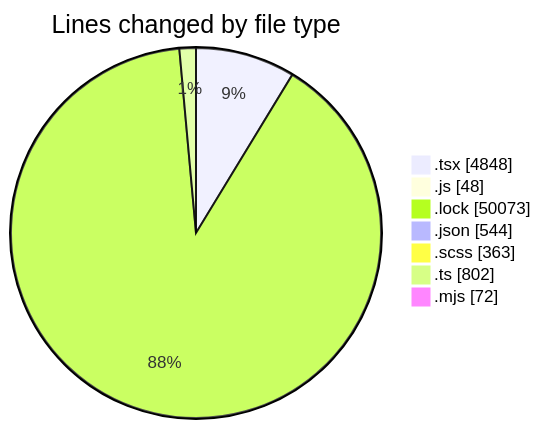
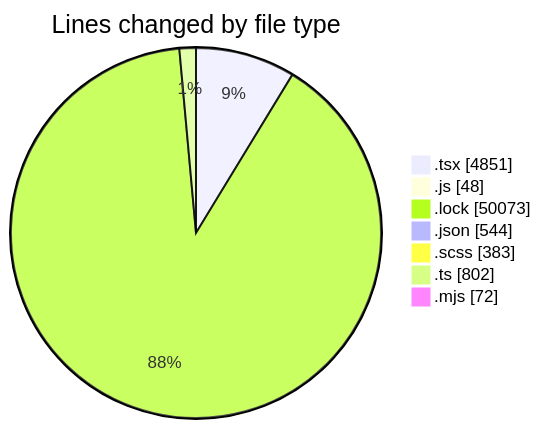
One commit to momahboobian/code-tracking changed the first of 2 diagrams in 2026-05-15/cda/README.md. Above: the diagram before and after it, drawn with Mermaid. The commit also changed other lines of this file and 1 other file, not shown here.

````diff
--- a/2026-05-15/cda/README.md
+++ b/2026-05-15/cda/README.md
@@ -64,11 +64,11 @@
 ```mermaid
 pie showData
 title Lines changed by file type
-".tsx" : 4848
+".tsx" : 4851
 ".js" : 48
 ".lock" : 50073
 ".json" : 544
-".scss" : 363
+".scss" : 383
 ".ts" : 802
 ".mjs" : 72
 ```
````
